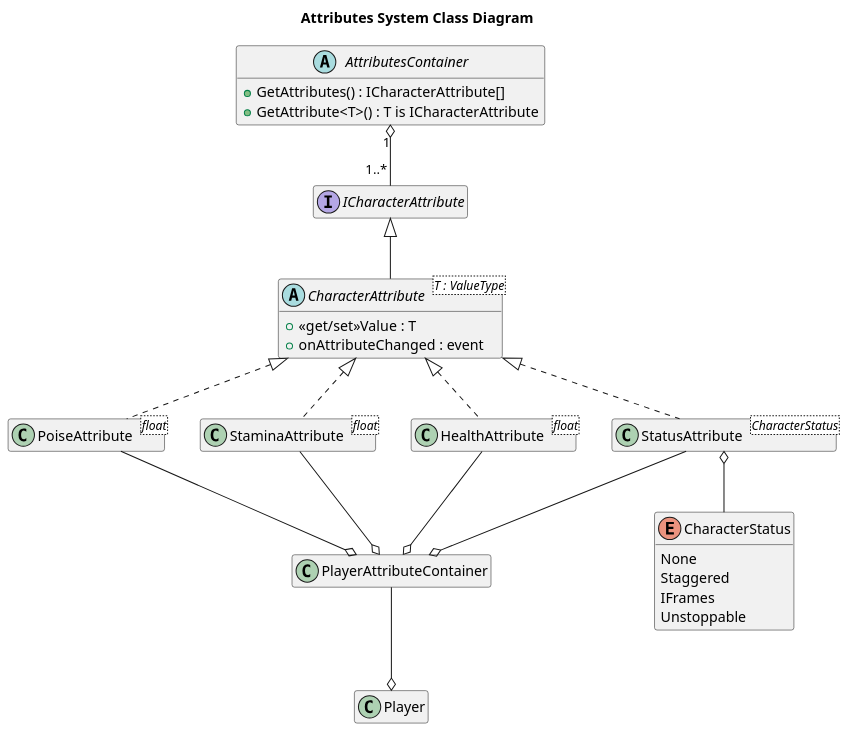
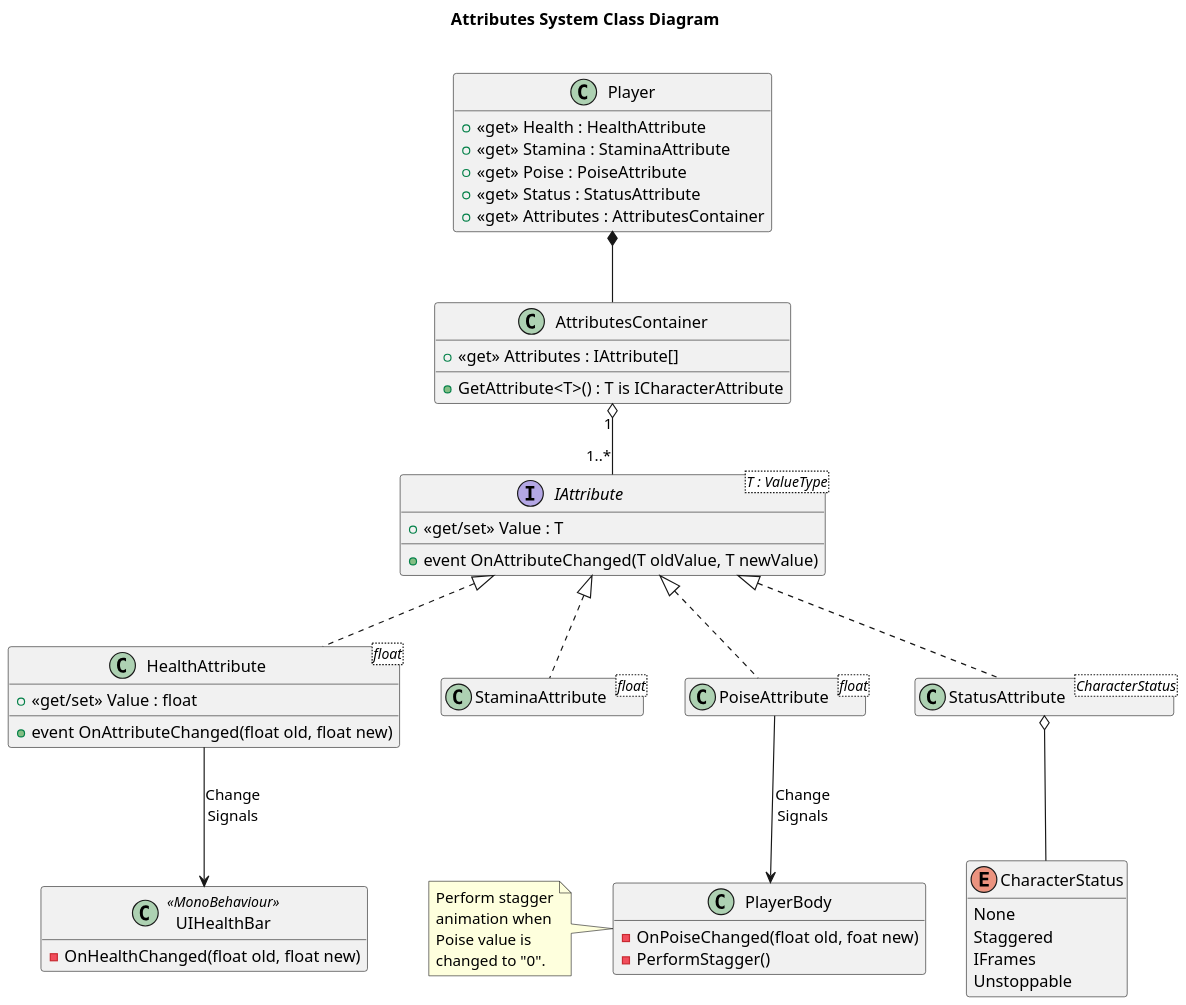
Before and after one commit to leotgo/bright-souls: the diagram in docs/uml/Attributes.puml, drawn with PlantUML.

Commit message:
Updated attributes docs

```diff
--- a/docs/uml/Attributes.puml
+++ b/docs/uml/Attributes.puml
@@ -1,42 +1,57 @@
 @startuml Attributes
-title Attributes System Class Diagram
+title Attributes System Class Diagram\n
 
-class Player
-Player o-u- PlayerAttributeContainer
+class Player {
+    +<<get>> Health : HealthAttribute
+    +<<get>> Stamina : StaminaAttribute
+    +<<get>> Poise : PoiseAttribute
+    +<<get>> Status : StatusAttribute
+    +<<get>> Attributes : AttributesContainer
+}
+Player *-- AttributesContainer
 
-interface ICharacterAttribute {
-}
-abstract CharacterAttribute<T : ValueType> extends ICharacterAttribute  {
-    +<<get/set>>Value : T
-    +onAttributeChanged : event
+interface IAttribute<T : ValueType> {
+    +<<get/set>> Value : T
+    +event OnAttributeChanged(T oldValue, T newValue)
 }
 
-class HealthAttribute<float> implements CharacterAttribute
-class StaminaAttribute<float> implements CharacterAttribute
-class PoiseAttribute<float> implements CharacterAttribute
+class HealthAttribute<float> implements IAttribute {
+    +<<get/set>> Value : float
+    +event OnAttributeChanged(float old, float new)
+}
+class StaminaAttribute<float> implements IAttribute
+class PoiseAttribute<float> implements IAttribute
 
 enum CharacterStatus {
     None
     Staggered
     IFrames
     Unstoppable
 }
-class StatusAttribute<CharacterStatus> implements CharacterAttribute
+class StatusAttribute<CharacterStatus> implements IAttribute
 StatusAttribute o-- CharacterStatus
 
-abstract AttributesContainer
+class AttributesContainer
 {
-    +GetAttributes() : ICharacterAttribute[]
+    +<<get>> Attributes : IAttribute[]
     +GetAttribute<T>() : T is ICharacterAttribute
 }
-AttributesContainer "1" o-- "1..*" ICharacterAttribute
+AttributesContainer "1" o-- "1..*" IAttribute
 
-class PlayerAttributeContainer
-PlayerAttributeContainer o-u- StatusAttribute
-PlayerAttributeContainer o-u- HealthAttribute
-PlayerAttributeContainer o-u- StaminaAttribute
-PlayerAttributeContainer o-u- PoiseAttribute
+class UIHealthBar <<MonoBehaviour>> {
+    -OnHealthChanged(float old, float new)
+}
 
-scale 1.3
+PoiseAttribute --> PlayerBody : Change\nSignals
+
+class PlayerBody {
+    -OnPoiseChanged(float old, foat new)
+    -PerformStagger()
+}
+note left : Perform stagger\nanimation when\nPoise value is\nchanged to "0".
+
+HealthAttribute --> UIHealthBar : Change\nSignals
+
+scale 1.5
 hide empty members
 @enduml
```
